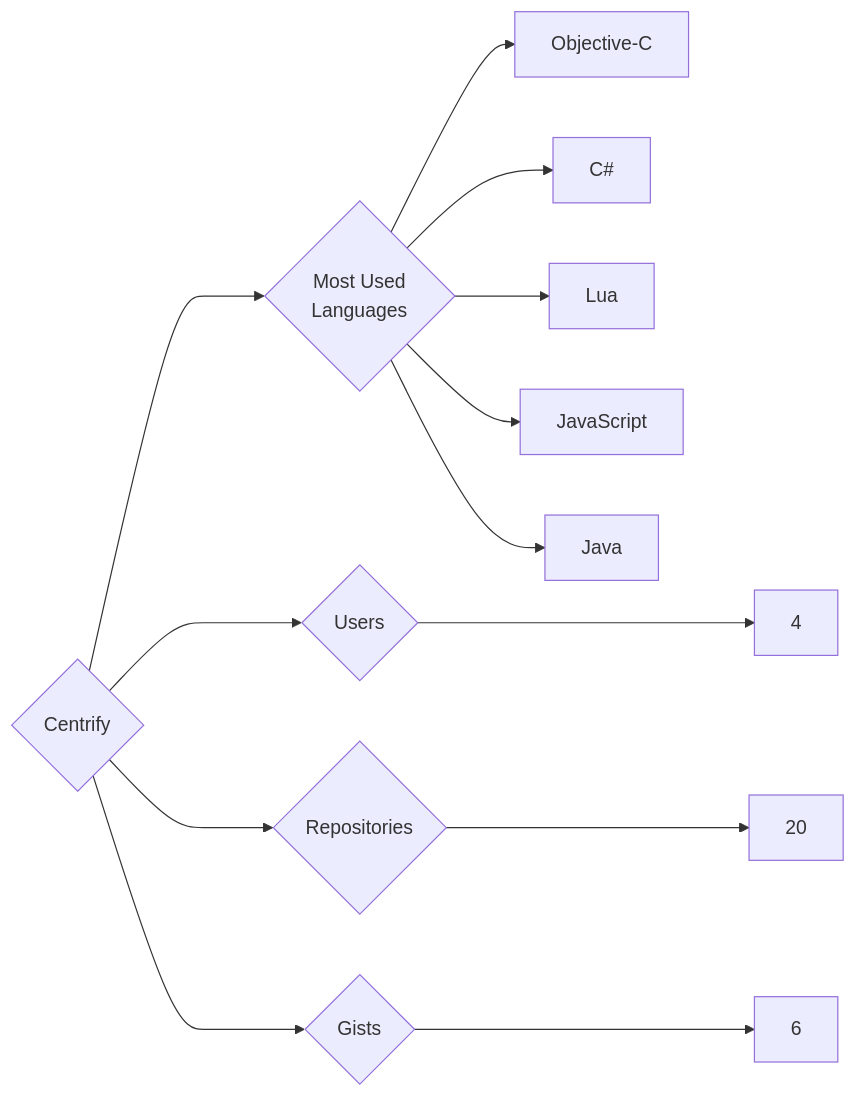
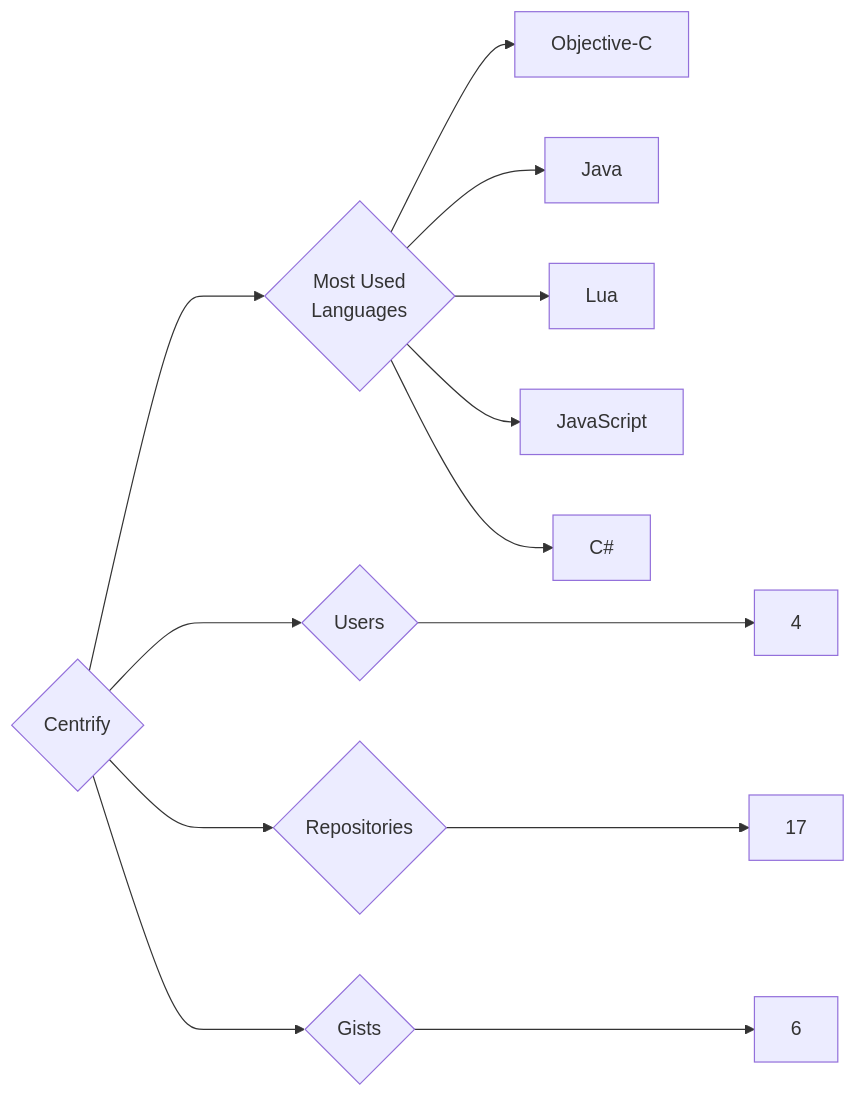
Before and after one commit to trickest/insiders: the diagram in targets/Centrify/README.md, drawn with Mermaid. The commit also changed 888 other files, not shown here.

````diff
--- a/targets/Centrify/README.md
+++ b/targets/Centrify/README.md
@@ -3,13 +3,13 @@
 ```mermaid
 graph LR
 COMPANY_NAME{Centrify}
 COMPANY_NAME ---> U{Users} ---> UN[4]
-COMPANY_NAME ---> R{Repositories} ---> RN[20]
+COMPANY_NAME ---> R{Repositories} ---> RN[17]
 COMPANY_NAME ---> G{Gists} ---> GN[6]
 COMPANY_NAME ---> ML{Most Used<br>Languages}
 ML --> Objective-C[Objective-C]
-ML --> C#[C#]
+ML --> Java[Java]
 ML --> Lua[Lua]
 ML --> JavaScript[JavaScript]
-ML --> Java[Java]
+ML --> C#[C#]
 ```
````
